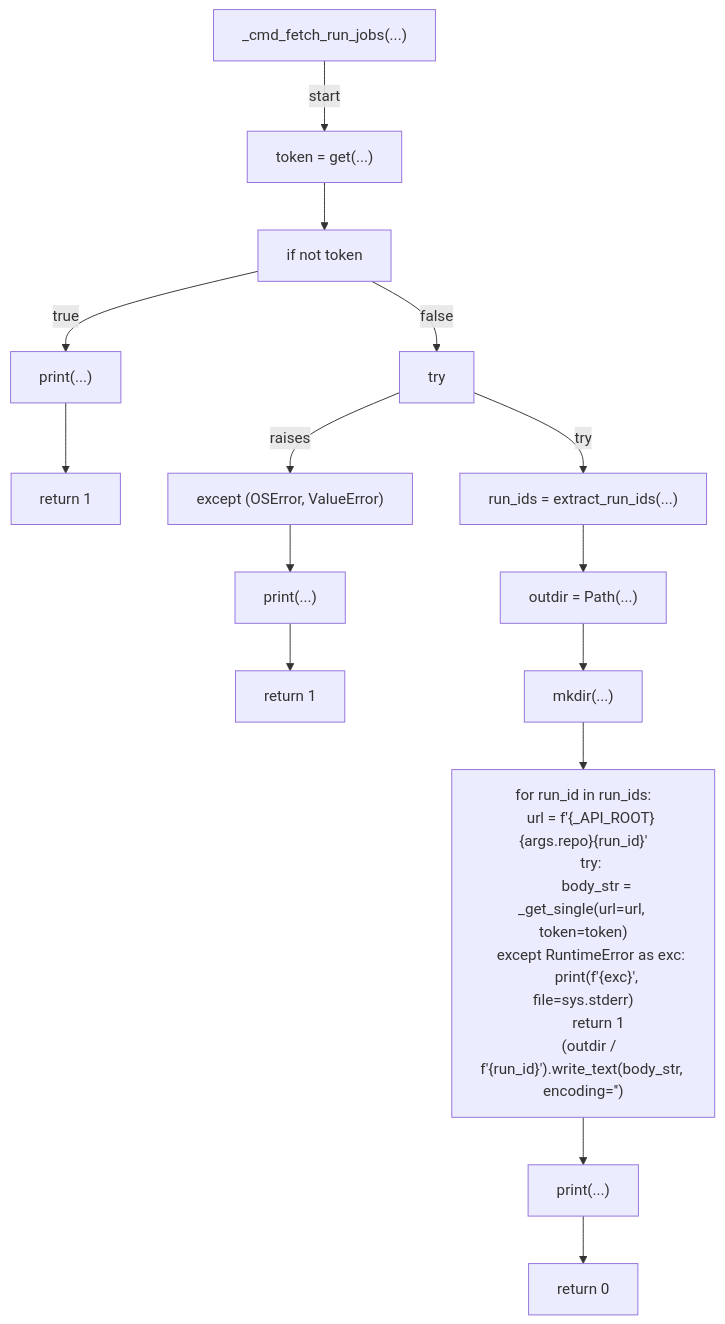
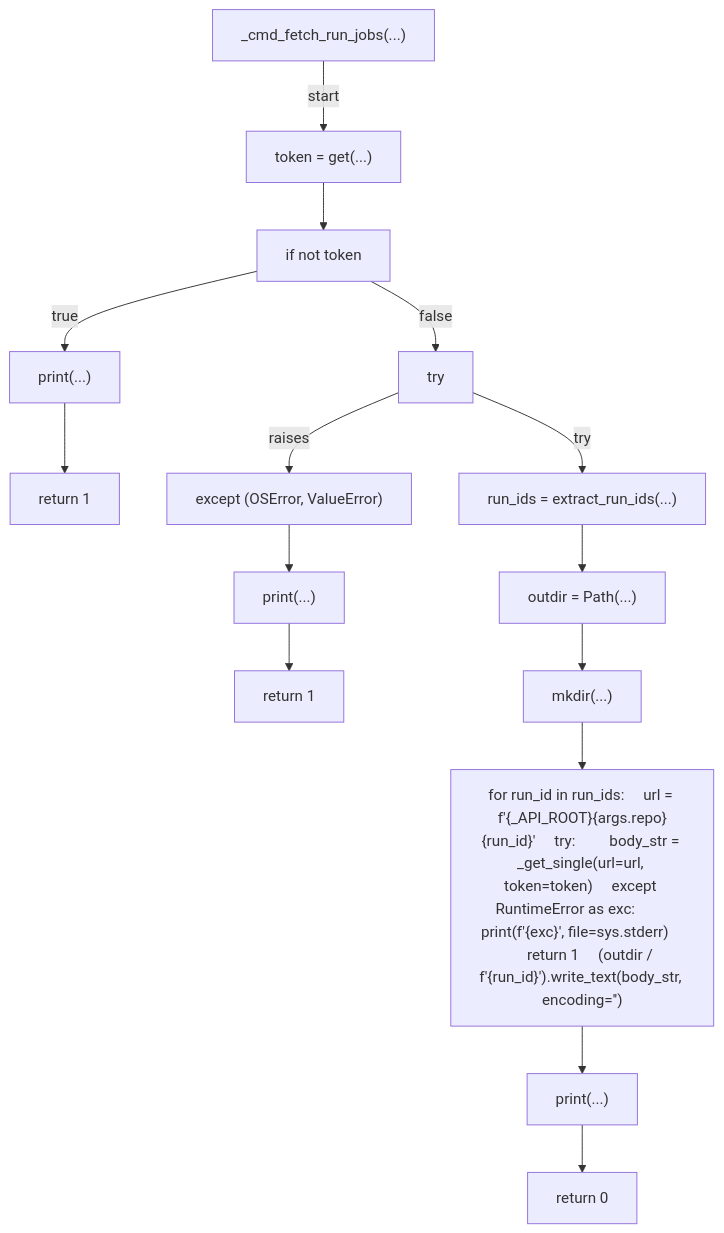
One commit to tvna/claude-md changed the fifth of 7 diagrams in docs/generated/scripts/ast/github_paginate.md. Above: the diagram before and after it, drawn with Mermaid. The commit also changed other lines of this file and 30 other files, not shown here.

First line of the commit message:
docs(generated): regenerate decision tree and workflow diagrams (batch 2/5)

````diff
--- a/docs/generated/scripts/ast/github_paginate.md
+++ b/docs/generated/scripts/ast/github_paginate.md
@@ -169,39 +140,32 @@
 ```mermaid
 flowchart TD
     N001["_cmd_fetch_run_jobs(...)"]
     N002["token = get(...)"]
     N003["if not token"]
     N004["print(...)"]
     N005["return 1"]
     N006["try"]
     N007["run_ids = extract_run_ids(...)"]
     N008["except (OSError, ValueError)"]
     N009["print(...)"]
     N010["return 1"]
     N011["outdir = Path(...)"]
     N012["mkdir(...)"]
-    N013["for run_id in run_ids:
-    url = f'{_API_ROOT}<str>{args.repo}<str>{run_id}<str>'
-    try:
-        body_str = _get_single(url=url, token=token)
-    except RuntimeError as exc:
-        print(f'<str>{exc}', file=sys.stderr)
-        return 1
-    (outdir / f'{run_id}<str>').write_text(body_str, encoding='<str>')"]
+    N013["for run_id in run_ids:     url = f'{_API_ROOT}<str>{args.repo}<str>{run_id}<str>'     try:         body_str = _get_single(url=url, token=token)     except RuntimeError as exc:         print(f'<str>{exc}', file=sys.stderr)         return 1     (outdir / f'{run_id}<str>').write_text(body_str, encoding='<str>')"]
     N014["print(...)"]
     N015["return 0"]
     N001 -->|"start"| N002
     N002 --> N003
     N003 -->|"true"| N004
     N004 --> N005
     N003 -->|"false"| N006
     N006 -->|"try"| N007
     N006 -->|"raises"| N008
     N008 --> N009
     N009 --> N010
     N007 --> N011
     N011 --> N012
     N012 --> N013
     N013 --> N014
     N014 --> N015
 ```
````
